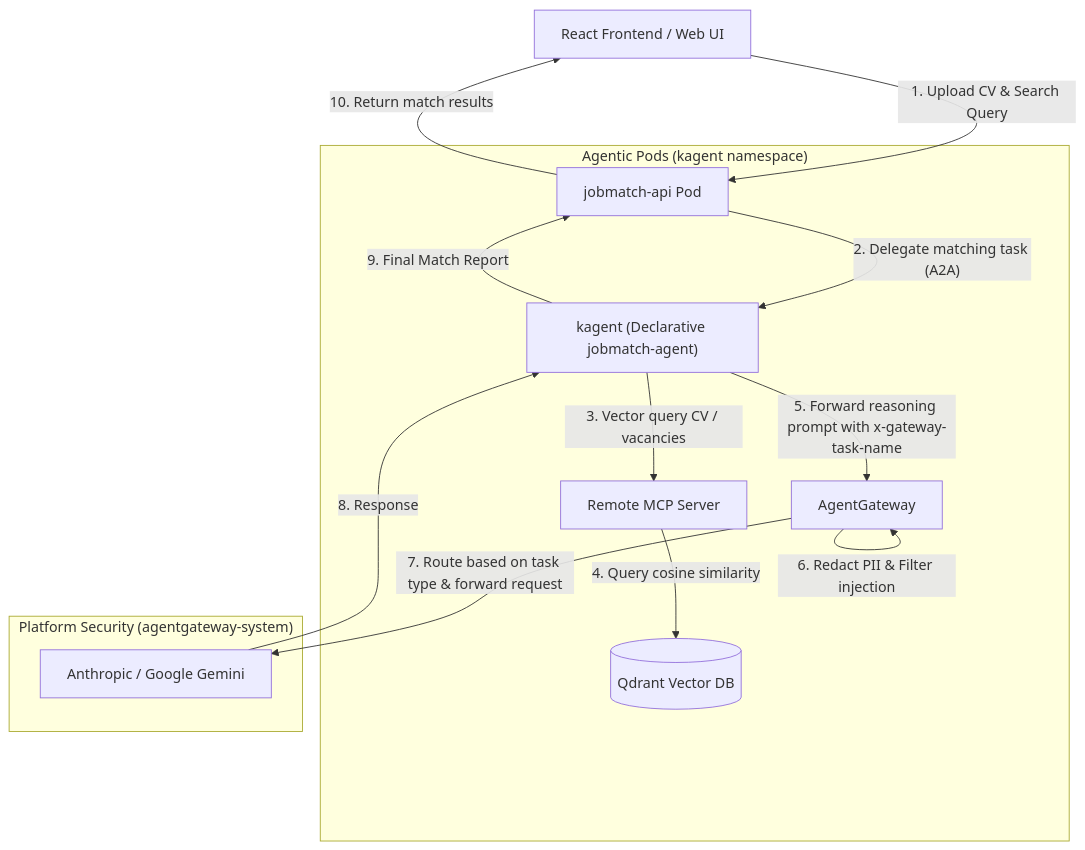
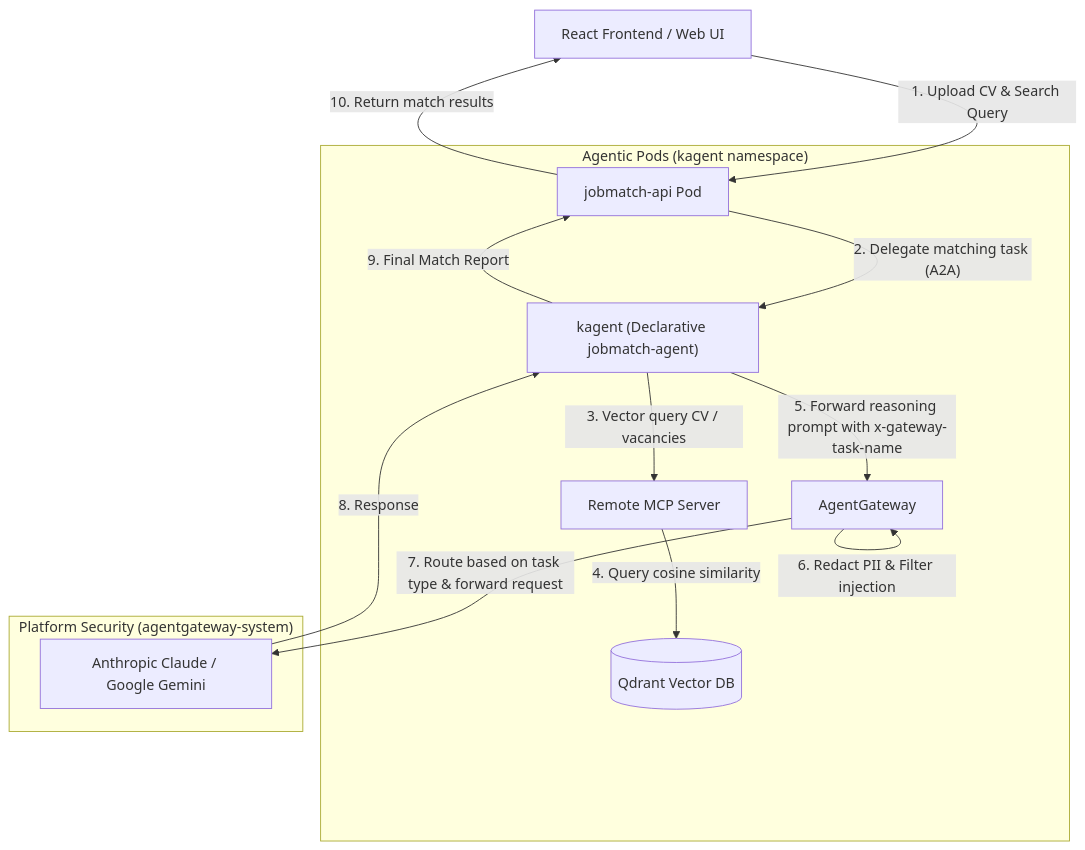
Before and after one commit to mkdir28/hackathon-devops: the second of 7 diagrams in doc/HLD.md, drawn with Mermaid. The commit also changed other lines of this file and 25 other files, not shown here.

````diff
--- a/doc/HLD.md
+++ b/doc/HLD.md
@@ -40,20 +40,20 @@
 ```mermaid
 graph TD
     UI["React Frontend / Web UI"] -->|1. Upload CV & Search Query| API[jobmatch-api Pod]
     
     subgraph "Agentic Pods (kagent namespace)"
         API -->|"2. Delegate matching task (A2A)"| KA["kagent (Declarative jobmatch-agent)"]
         KA -->|3. Vector query CV / vacancies| MCP[Remote MCP Server]
         MCP -->|4. Query cosine similarity| DB[("Qdrant Vector DB")]
         KA -->|5. Forward reasoning prompt with x-gateway-task-name| AGW[AgentGateway]
     end
 
     subgraph "Platform Security (agentgateway-system)"
         AGW -->|6. Redact PII & Filter injection| AGW
-        AGW -->|7. Route based on task type & forward request| LLM["Anthropic / Google Gemini"]
+        AGW -->|7. Route based on task type & forward request| LLM["Anthropic Claude / Google Gemini"]
     end
 
     LLM -->|8. Response| KA
     KA -->|9. Final Match Report| API
     API -->|10. Return match results| UI
 ```
````
